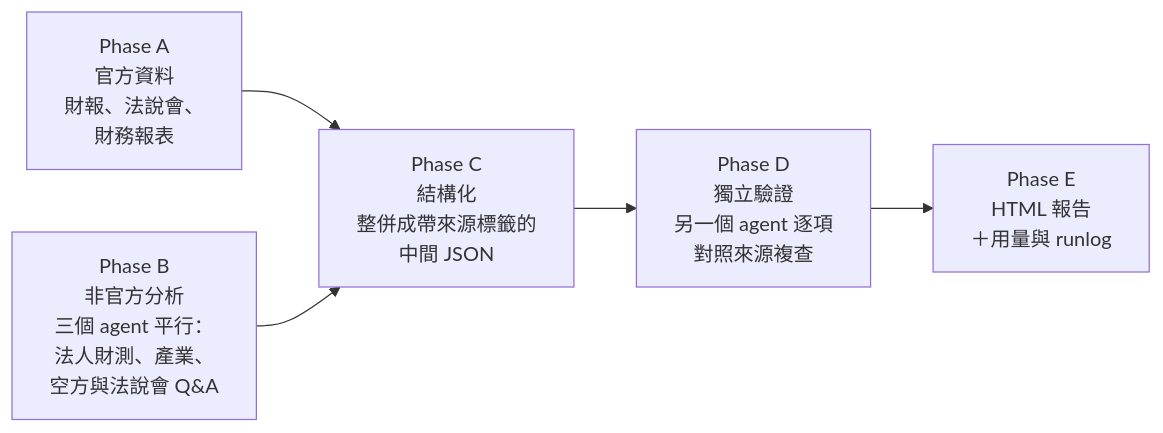
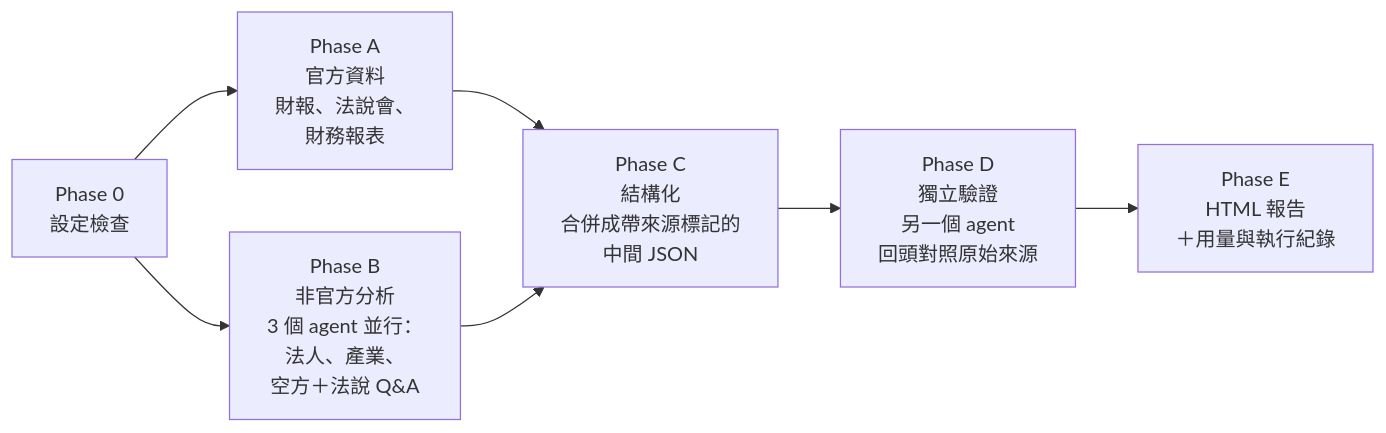
Before and after one commit to xingyen0613/tw-stock-research: the diagram in README.zh-TW.md, drawn with Mermaid. The commit also changed other lines of this file and 10 other files, not shown here.

````diff
--- a/README.zh-TW.md
+++ b/README.zh-TW.md
@@ -26,8 +144,10 @@
 ```mermaid
 flowchart LR
+  P["Phase 0<br/>設定檢查"] --> A
+  P --> B
   A["Phase A<br/>官方資料<br/>財報、法說會、<br/>財務報表"] --> C
-  B["Phase B<br/>非官方分析<br/>三個 agent 平行：<br/>法人財測、產業、<br/>空方與法說會 Q&A"] --> C
-  C["Phase C<br/>結構化<br/>整併成帶來源標籤的<br/>中間 JSON"] --> D
-  D["Phase D<br/>獨立驗證<br/>另一個 agent 逐項<br/>對照來源複查"] --> E
-  E["Phase E<br/>HTML 報告<br/>＋用量與 runlog"]
+  B["Phase B<br/>非官方分析<br/>3 個 agent 並行：<br/>法人、產業、<br/>空方＋法說 Q&A"] --> C
+  C["Phase C<br/>結構化<br/>合併成帶來源標記的<br/>中間 JSON"] --> D
+  D["Phase D<br/>獨立驗證<br/>另一個 agent<br/>回頭對照原始來源"] --> E
+  E["Phase E<br/>HTML 報告<br/>＋用量與執行紀錄"]
 ```
````
